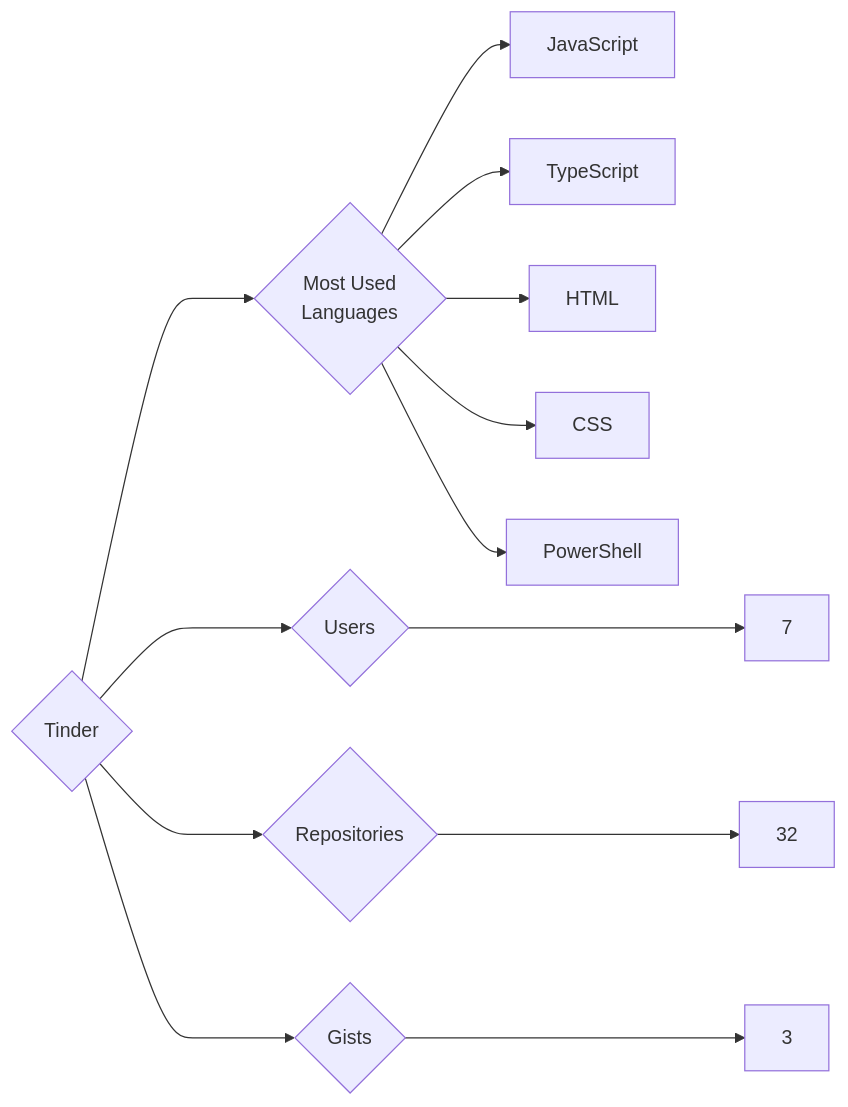
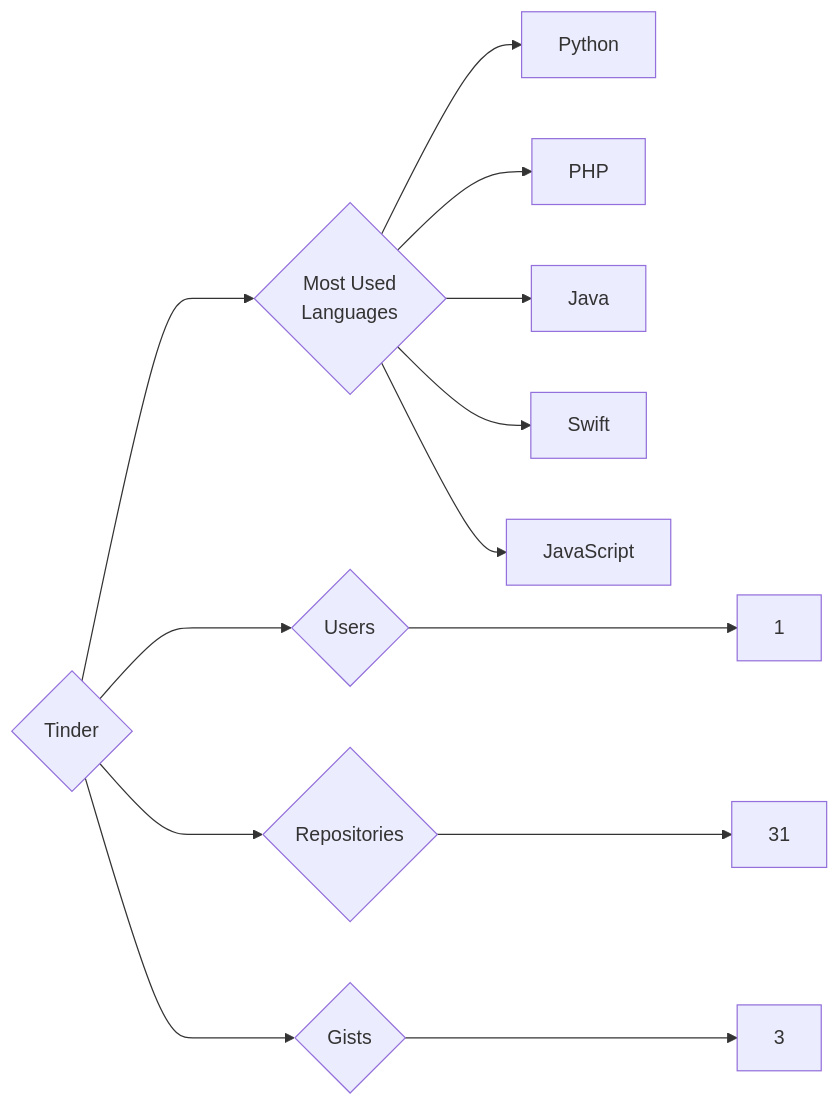
Before and after one commit to trickest/insiders: the diagram in targets/Tinder/README.md, drawn with Mermaid. The commit also changed 1248 other files, not shown here.

````diff
--- a/targets/Tinder/README.md
+++ b/targets/Tinder/README.md
@@ -3,13 +3,13 @@
 ```mermaid
 graph LR
 COMPANY_NAME{Tinder}
-COMPANY_NAME ---> U{Users} ---> UN[7]
-COMPANY_NAME ---> R{Repositories} ---> RN[32]
+COMPANY_NAME ---> U{Users} ---> UN[1]
+COMPANY_NAME ---> R{Repositories} ---> RN[31]
 COMPANY_NAME ---> G{Gists} ---> GN[3]
 COMPANY_NAME ---> ML{Most Used<br>Languages}
+ML --> Python[Python]
+ML --> PHP[PHP]
+ML --> Java[Java]
+ML --> Swift[Swift]
 ML --> JavaScript[JavaScript]
-ML --> TypeScript[TypeScript]
-ML --> HTML[HTML]
-ML --> CSS[CSS]
-ML --> PowerShell[PowerShell]
 ```
````
